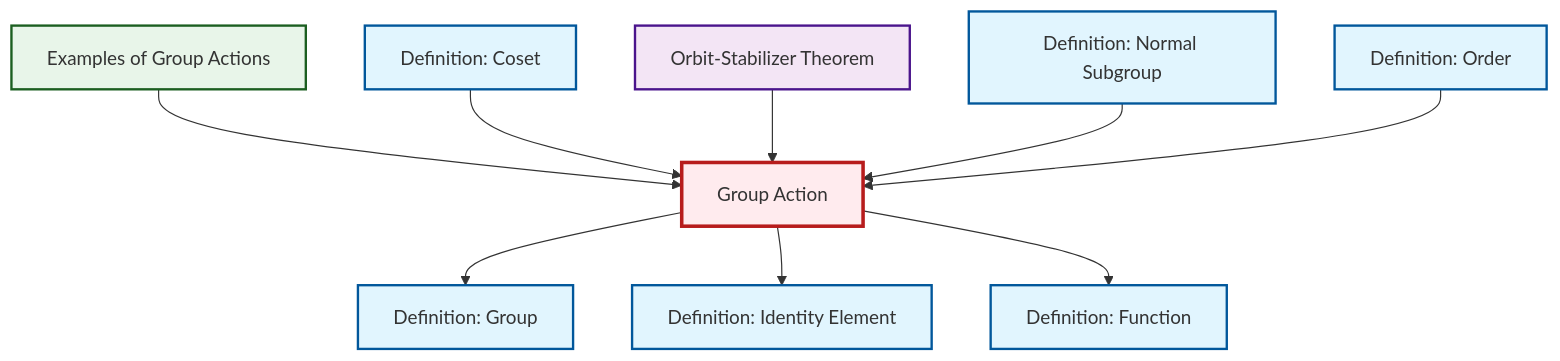
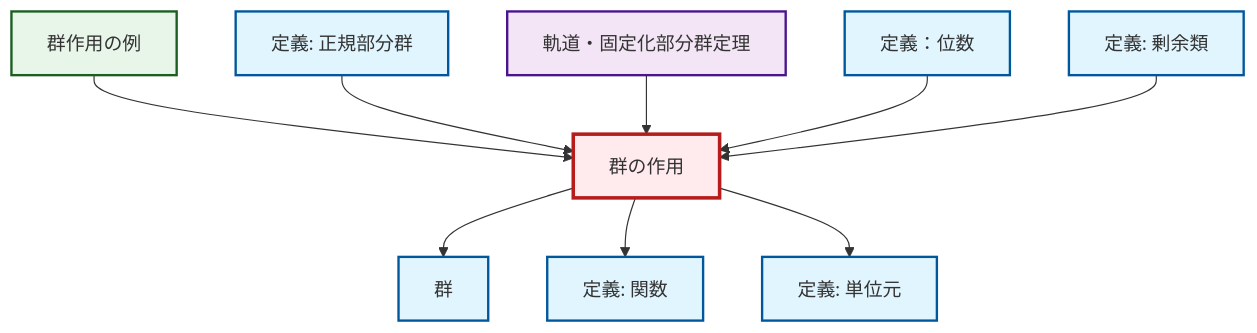
One commit to RK0429/ModernMath changed the diagram in content/ja/algebra/def-group-action.qmd. Above: the diagram before and after it, drawn with Mermaid. The commit also changed 1069 other files, not shown here.

````diff
--- a/content/ja/algebra/def-group-action.qmd
+++ b/content/ja/algebra/def-group-action.qmd
@@ -62,35 +62,35 @@
 ```{mermaid}
 %%| fig-cap: "Local dependency graph"
 graph TD
     classDef definition fill:#e1f5fe,stroke:#01579b,stroke-width:2px
     classDef theorem fill:#f3e5f5,stroke:#4a148c,stroke-width:2px
     classDef axiom fill:#fff3e0,stroke:#e65100,stroke-width:2px
     classDef example fill:#e8f5e9,stroke:#1b5e20,stroke-width:2px
     classDef current fill:#ffebee,stroke:#b71c1c,stroke-width:3px
-    def-coset["Definition: Coset"]:::definition
-    def-group["Definition: Group"]:::definition
-    def-order["Definition: Order"]:::definition
-    def-function["Definition: Function"]:::definition
-    thm-orbit-stabilizer["Orbit-Stabilizer Theorem"]:::theorem
-    def-identity-element["Definition: Identity Element"]:::definition
-    ex-group-action-examples["Examples of Group Actions"]:::example
-    def-normal-subgroup["Definition: Normal Subgroup"]:::definition
-    def-group-action["Group Action"]:::definition
+    def-function["定義: 関数"]:::definition
+    thm-orbit-stabilizer["軌道・固定化部分群定理"]:::theorem
+    def-normal-subgroup["定義: 正規部分群"]:::definition
+    def-order["定義：位数"]:::definition
+    ex-group-action-examples["群作用の例"]:::example
+    def-identity-element["定義: 単位元"]:::definition
+    def-coset["定義: 剰余類"]:::definition
+    def-group-action["群の作用"]:::definition
+    def-group["群"]:::definition
     ex-group-action-examples --> def-group-action
-    def-coset --> def-group-action
+    def-normal-subgroup --> def-group-action
+    thm-orbit-stabilizer --> def-group-action
     def-group-action --> def-group
-    thm-orbit-stabilizer --> def-group-action
-    def-normal-subgroup --> def-group-action
+    def-group-action --> def-function
     def-order --> def-group-action
     def-group-action --> def-identity-element
-    def-group-action --> def-function
+    def-coset --> def-group-action
     class def-group-action current
-    click def-coset "def-coset.html" "Definition: Cosetへ"
-    click def-group "def-group.html" "Definition: Groupへ"
-    click def-order "def-order.html" "Definition: Orderへ"
-    click def-function "def-function.html" "Definition: Functionへ"
-    click thm-orbit-stabilizer "thm-orbit-stabilizer.html" "Orbit-Stabilizer Theoremへ"
-    click def-identity-element "def-identity-element.html" "Definition: Identity Elementへ"
-    click ex-group-action-examples "ex-group-action-examples.html" "Examples of Group Actionsへ"
-    click def-normal-subgroup "def-normal-subgroup.html" "Definition: Normal Subgroupへ"
+    click def-function "def-function.html" "関数の定義へ"
+    click thm-orbit-stabilizer "thm-orbit-stabilizer.html" "軌道・固定化部分群定理へ"
+    click def-normal-subgroup "def-normal-subgroup.html" "正規部分群の定義へ"
+    click def-order "def-order.html" "定義：位数へ"
+    click ex-group-action-examples "ex-group-action-examples.html" "群作用の例へ"
+    click def-identity-element "def-identity-element.html" "単位元の定義へ"
+    click def-coset "def-coset.html" "剰余類の定義へ"
+    click def-group "def-group.html" "群へ"
 ```
````
